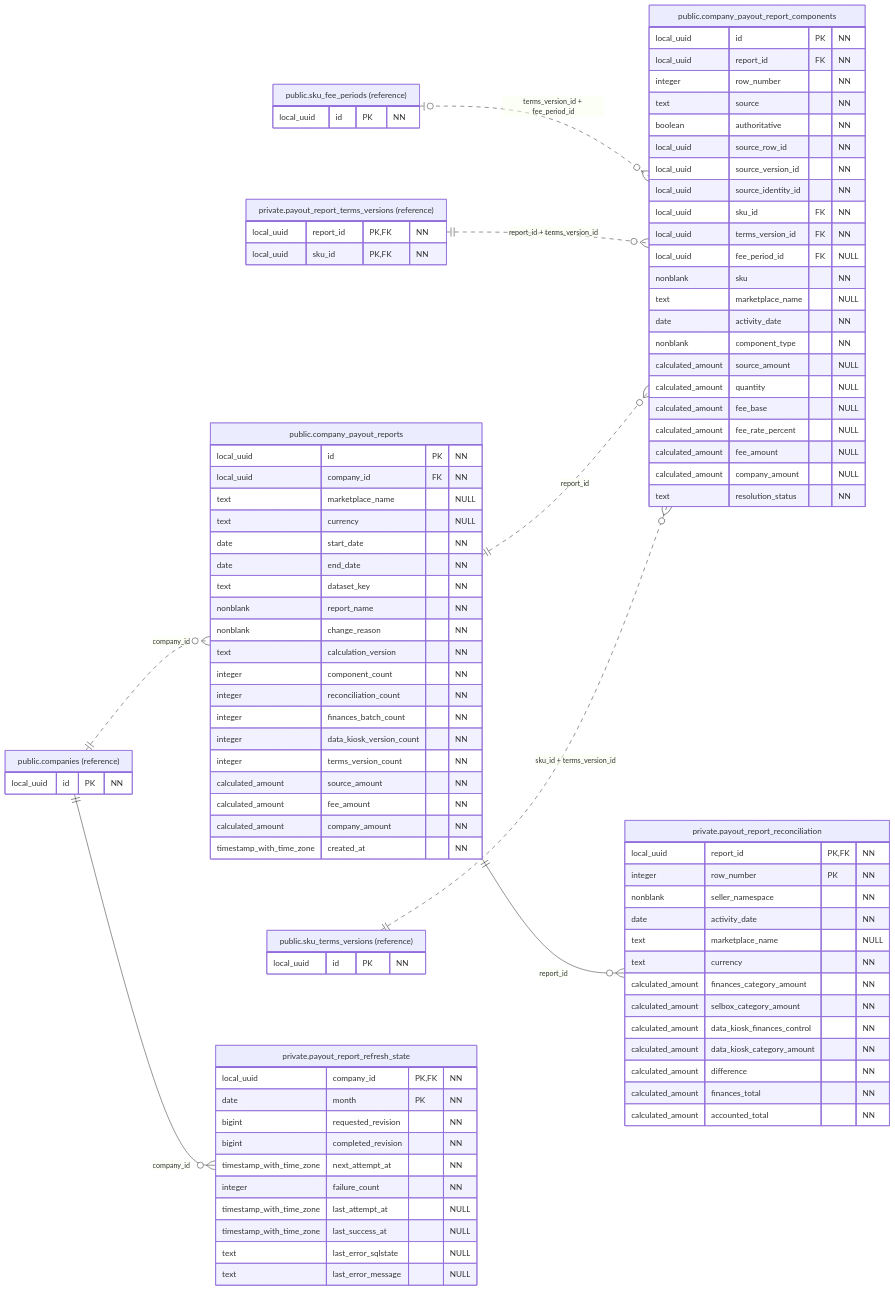
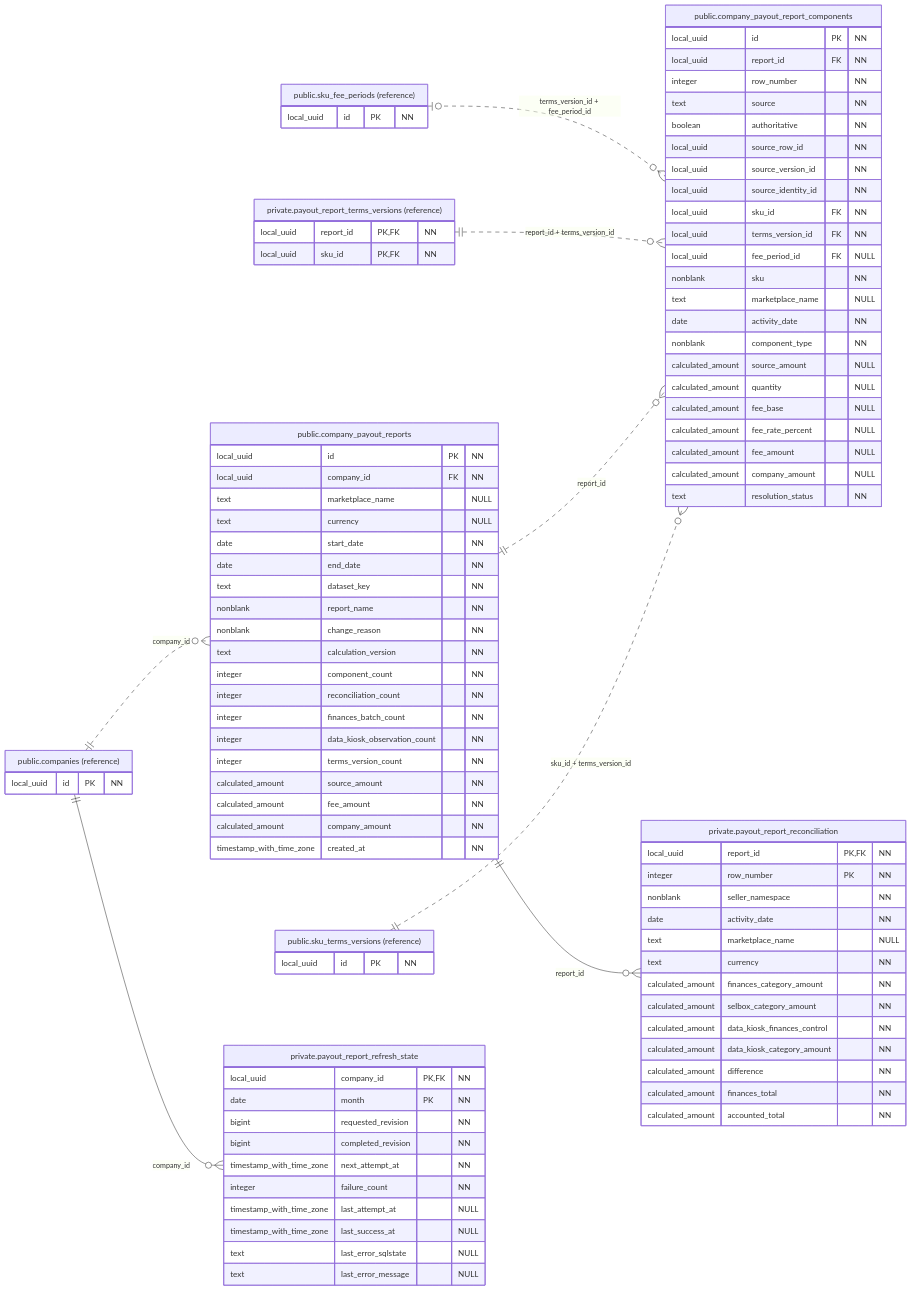
One commit to qwercxzsda/A-SelBox changed the diagram in docs/figures/database/06-payout-results.mmd. Above: the diagram before and after it, drawn with Mermaid. The commit also changed 127 other files, not shown here.

First line of the commit message:
refactor: rebuild Data Kiosk around reusable immutable day versions

```diff
--- a/docs/figures/database/06-payout-results.mmd
+++ b/docs/figures/database/06-payout-results.mmd
@@ -1,102 +1,102 @@
 erDiagram
     direction LR
     public_companies ||..o{ public_company_payout_reports : "company_id"
     public_sku_fee_periods o|..o{ public_company_payout_report_components : "terms_version_id + fee_period_id"
     private_payout_report_terms_versions ||..o{ public_company_payout_report_components : "report_id + terms_version_id"
     public_company_payout_reports ||..o{ public_company_payout_report_components : "report_id"
     public_sku_terms_versions ||..o{ public_company_payout_report_components : "sku_id + terms_version_id"
     public_company_payout_reports ||--o{ private_payout_report_reconciliation : "report_id"
     public_companies ||--o{ private_payout_report_refresh_state : "company_id"
 
     public_company_payout_reports["public.company_payout_reports"] {
         local_uuid id PK "NN"
         local_uuid company_id FK "NN"
         text marketplace_name "NULL"
         text currency "NULL"
         date start_date "NN"
         date end_date "NN"
         text dataset_key "NN"
         nonblank report_name "NN"
         nonblank change_reason "NN"
         text calculation_version "NN"
         integer component_count "NN"
         integer reconciliation_count "NN"
         integer finances_batch_count "NN"
-        integer data_kiosk_version_count "NN"
+        integer data_kiosk_observation_count "NN"
         integer terms_version_count "NN"
         calculated_amount source_amount "NN"
         calculated_amount fee_amount "NN"
         calculated_amount company_amount "NN"
         timestamp_with_time_zone created_at "NN"
     }
 
     public_company_payout_report_components["public.company_payout_report_components"] {
         local_uuid id PK "NN"
         local_uuid report_id FK "NN"
         integer row_number "NN"
         text source "NN"
         boolean authoritative "NN"
         local_uuid source_row_id "NN"
         local_uuid source_version_id "NN"
         local_uuid source_identity_id "NN"
         local_uuid sku_id FK "NN"
         local_uuid terms_version_id FK "NN"
         local_uuid fee_period_id FK "NULL"
         nonblank sku "NN"
         text marketplace_name "NULL"
         date activity_date "NN"
         nonblank component_type "NN"
         calculated_amount source_amount "NULL"
         calculated_amount quantity "NULL"
         calculated_amount fee_base "NULL"
         calculated_amount fee_rate_percent "NULL"
         calculated_amount fee_amount "NULL"
         calculated_amount company_amount "NULL"
         text resolution_status "NN"
     }
 
     private_payout_report_reconciliation["private.payout_report_reconciliation"] {
         local_uuid report_id PK, FK "NN"
         integer row_number PK "NN"
         nonblank seller_namespace "NN"
         date activity_date "NN"
         text marketplace_name "NULL"
         text currency "NN"
         calculated_amount finances_category_amount "NN"
         calculated_amount selbox_category_amount "NN"
         calculated_amount data_kiosk_finances_control "NN"
         calculated_amount data_kiosk_category_amount "NN"
         calculated_amount difference "NN"
         calculated_amount finances_total "NN"
         calculated_amount accounted_total "NN"
     }
 
     private_payout_report_refresh_state["private.payout_report_refresh_state"] {
         local_uuid company_id PK, FK "NN"
         date month PK "NN"
         bigint requested_revision "NN"
         bigint completed_revision "NN"
         timestamp_with_time_zone next_attempt_at "NN"
         integer failure_count "NN"
         timestamp_with_time_zone last_attempt_at "NULL"
         timestamp_with_time_zone last_success_at "NULL"
         text last_error_sqlstate "NULL"
         text last_error_message "NULL"
     }
 
     private_payout_report_terms_versions["private.payout_report_terms_versions (reference)"] {
         local_uuid report_id PK, FK "NN"
         local_uuid sku_id PK, FK "NN"
     }
 
     public_companies["public.companies (reference)"] {
         local_uuid id PK "NN"
     }
 
     public_sku_fee_periods["public.sku_fee_periods (reference)"] {
         local_uuid id PK "NN"
     }
 
     public_sku_terms_versions["public.sku_terms_versions (reference)"] {
         local_uuid id PK "NN"
     }
```
